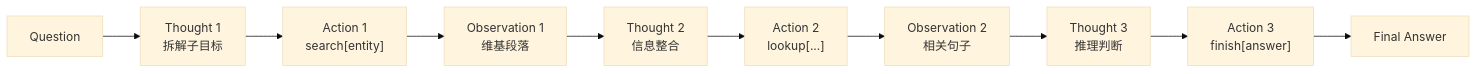
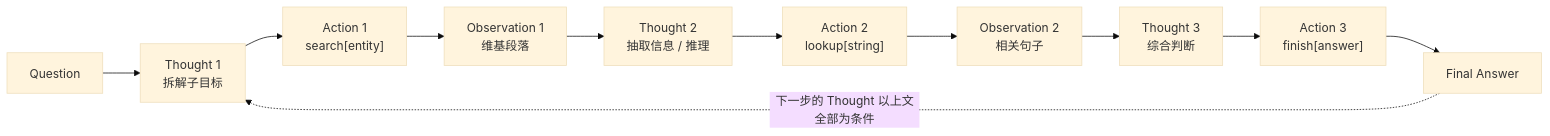
One commit to tanteng/blog changed the diagram in content/posts/react-paper-yao-shunyu.md. Above: the diagram before and after it, drawn with Mermaid (base theme). The commit also changed other lines of this file and 3 other files, not shown here.

````diff
--- a/content/posts/react-paper-yao-shunyu.md
+++ b/content/posts/react-paper-yao-shunyu.md
@@ -56,12 +426,13 @@
 ```mermaid
 flowchart LR
   Q["Question"] --> T1["Thought 1<br/>拆解子目标"]
   T1 --> A1["Action 1<br/>search[entity]"]
   A1 --> O1["Observation 1<br/>维基段落"]
-  O1 --> T2["Thought 2<br/>信息整合"]
-  T2 --> A2["Action 2<br/>lookup[...]"]
+  O1 --> T2["Thought 2<br/>抽取信息 / 推理"]
+  T2 --> A2["Action 2<br/>lookup[string]"]
   A2 --> O2["Observation 2<br/>相关句子"]
-  O2 --> T3["Thought 3<br/>推理判断"]
+  O2 --> T3["Thought 3<br/>综合判断"]
   T3 --> A3["Action 3<br/>finish[answer]"]
   A3 --> R["Final Answer"]
+  R -.->|"下一步的 Thought 以上文全部为条件"| T1
 ```
````
